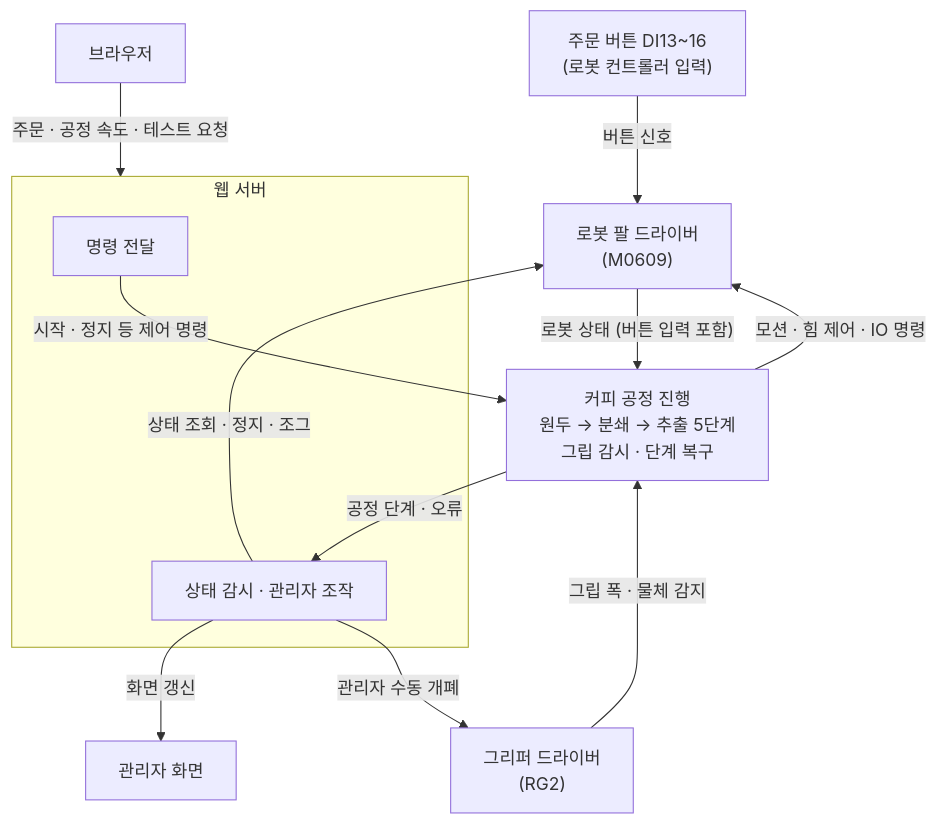
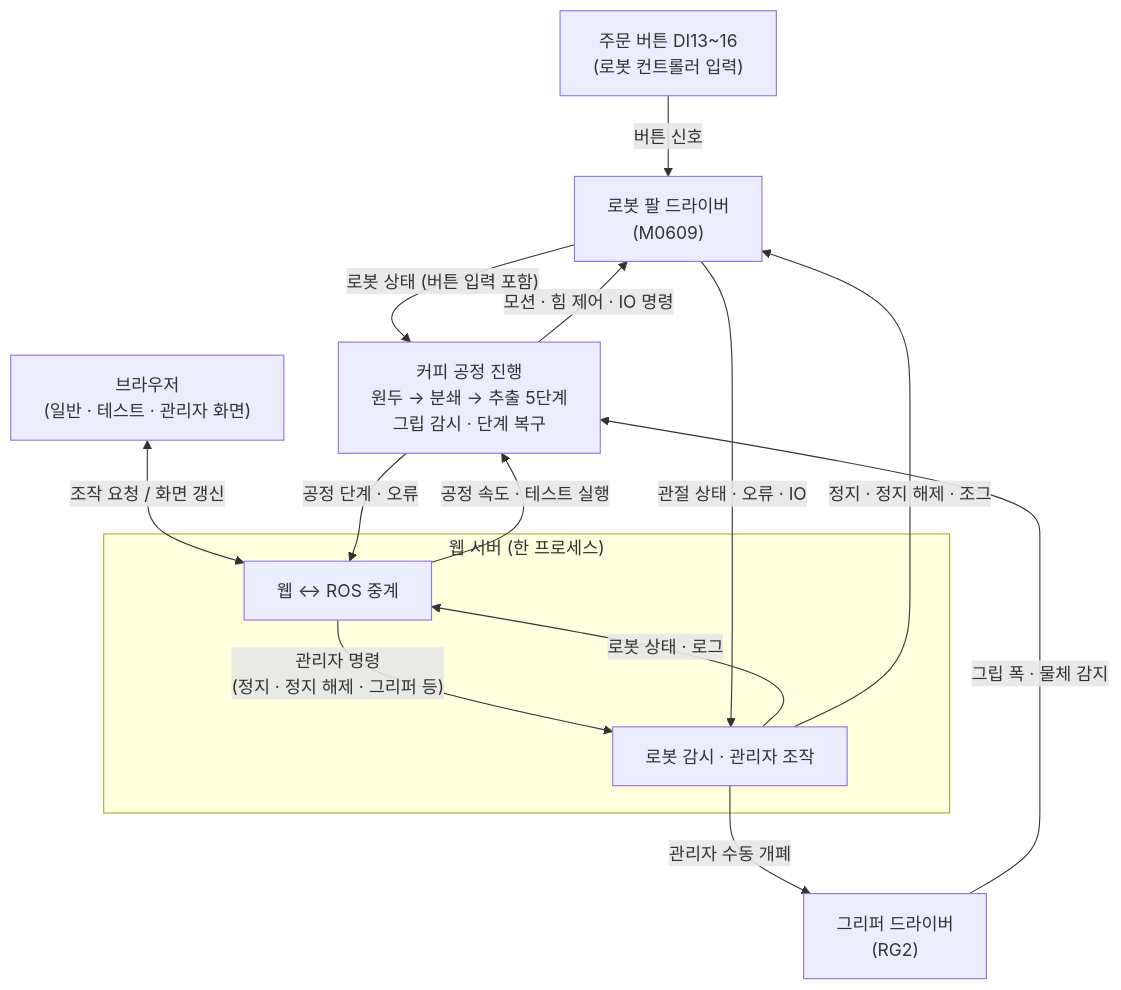
The first of 2 diagrams in README.md (gwanhuiGIM/Rokey_cobot1), drawn with Mermaid before and after one commit. The commit also changed other lines of this file, not shown here.

Commit message:
README: 교차검증 반영 — 구성도·표를 코드 연결에 맞게 정정

````diff
--- a/README.md
+++ b/README.md
@@ -16,17 +16,19 @@
 ```mermaid
 flowchart TB
     BTN["주문 버튼 DI13~16<br/>(로봇 컨트롤러 입력)"] -->|"버튼 신호"| DSR
-    BR["브라우저"] -->|"주문 · 공정 속도 · 테스트 요청"| WEB
-    subgraph WEB["웹 서버"]
-        BRIDGE["명령 전달"]
-        MON["상태 감시 · 관리자 조작"]
+    BR["브라우저<br/>(일반 · 테스트 · 관리자 화면)"] <-->|"조작 요청 / 화면 갱신"| BRIDGE
+    subgraph WEB["웹 서버 (한 프로세스)"]
+        BRIDGE["웹 ↔ ROS 중계"]
+        MON["로봇 감시 · 관리자 조작"]
+        BRIDGE -->|"관리자 명령<br/>(정지 · 정지 해제 · 그리퍼 등)"| MON
+        MON -->|"로봇 상태 · 로그"| BRIDGE
     end
-    BRIDGE -->|"시작 · 정지 등 제어 명령"| CS["커피 공정 진행<br/>원두 → 분쇄 → 추출 5단계<br/>그립 감시 · 단계 복구"]
-    CS -->|"공정 단계 · 오류"| MON
-    MON -->|"화면 갱신"| ADMIN["관리자 화면"]
-    MON -->|"상태 조회 · 정지 · 조그"| DSR
+    BRIDGE -->|"공정 속도 · 테스트 실행"| CS["커피 공정 진행<br/>원두 → 분쇄 → 추출 5단계<br/>그립 감시 · 단계 복구"]
+    CS -->|"공정 단계 · 오류"| BRIDGE
     CS -->|"모션 · 힘 제어 · IO 명령"| DSR["로봇 팔 드라이버<br/>(M0609)"]
     DSR -->|"로봇 상태 (버튼 입력 포함)"| CS
+    DSR -->|"관절 상태 · 오류 · IO"| MON
+    MON -->|"정지 · 정지 해제 · 조그"| DSR
     MON -->|"관리자 수동 개폐"| ONR["그리퍼 드라이버<br/>(RG2)"]
     ONR -->|"그립 폭 · 물체 감지"| CS
 ```
````
